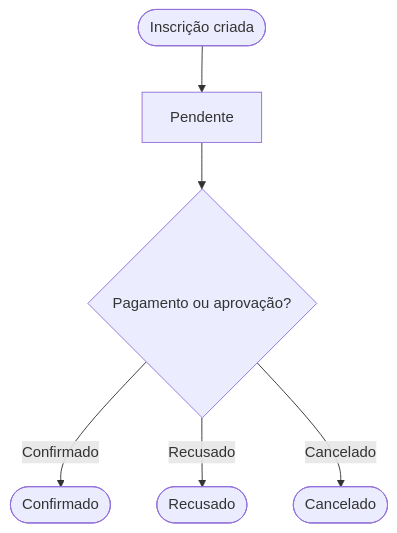
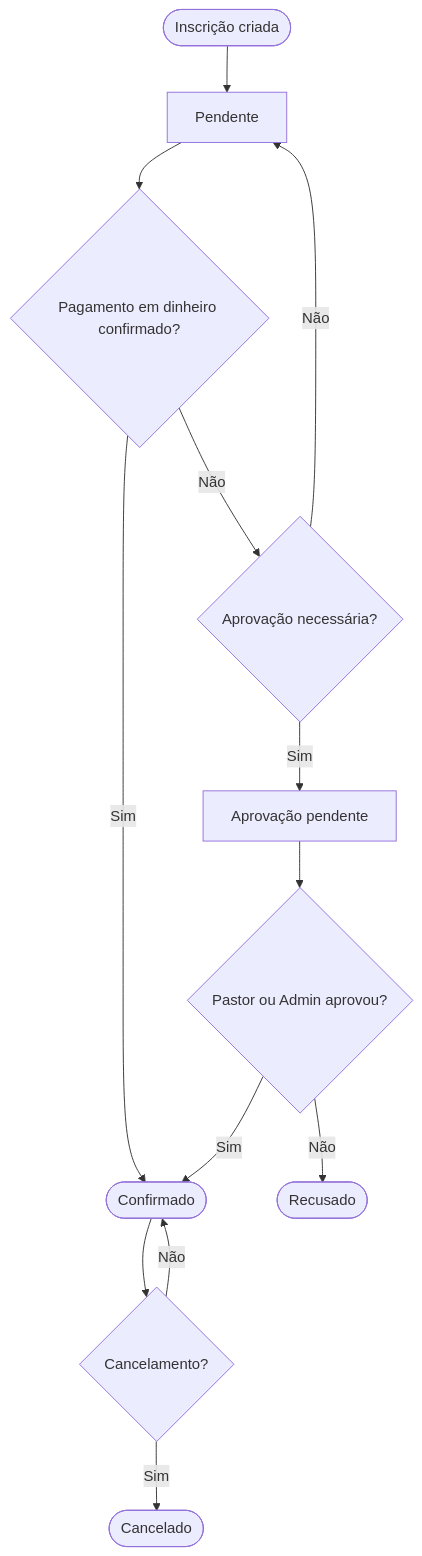
Before and after one commit to MCC-Newark-Hub/events-app: the first of 2 diagrams in docs/reference/statuses.md, drawn with Mermaid. The commit also changed other lines of this file and 6 other files, not shown here.

Commit message:
docs: add Mermaid diagrams for all flows and data model

````diff
--- a/docs/reference/statuses.md
+++ b/docs/reference/statuses.md
@@ -84,8 +59,15 @@
 ```mermaid
-graph TD
-  A([Inscrição criada]) --> B[Pendente]
-  B --> C{Pagamento ou aprovação?}
-  C -->|Confirmado| D([Confirmado])
-  C -->|Recusado| E([Recusado])
-  C -->|Cancelado| F([Cancelado])
+flowchart TD
+    A([Inscrição criada]) --> B[Pendente]
+    B --> C{Pagamento em dinheiro confirmado?}
+    C -->|Sim| D([Confirmado])
+    C -->|Não| E{Aprovação necessária?}
+    E -->|Sim| F[Aprovação pendente]
+    E -->|Não| B
+    F --> G{Pastor ou Admin aprovou?}
+    G -->|Sim| D
+    G -->|Não| H([Recusado])
+    D --> I{Cancelamento?}
+    I -->|Sim| J([Cancelado])
+    I -->|Não| D
 ```
````
